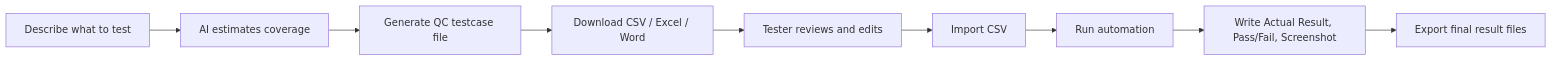
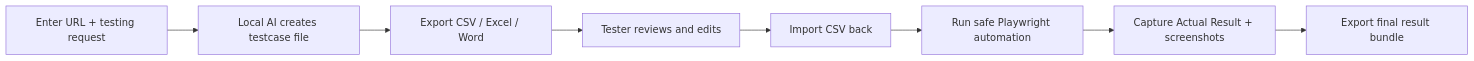
Before and after one commit to Mavis-TETRA/passmark-testops: the first of 2 diagrams in README.en.md, drawn with Mermaid. The commit also changed other lines of this file and 4 other files, not shown here.

````diff
--- a/README.en.md
+++ b/README.en.md
@@ -31,11 +81,10 @@
 ```mermaid
 flowchart LR
-  A["Describe what to test"] --> B["AI estimates coverage"]
-  B --> C["Generate QC testcase file"]
-  C --> D["Download CSV / Excel / Word"]
-  D --> E["Tester reviews and edits"]
-  E --> F["Import CSV"]
-  F --> G["Run automation"]
-  G --> H["Write Actual Result, Pass/Fail, Screenshot"]
-  H --> I["Export final result files"]
+  A["Enter URL + testing request"] --> B["Local AI creates testcase file"]
+  B --> C["Export CSV / Excel / Word"]
+  C --> D["Tester reviews and edits"]
+  D --> E["Import CSV back"]
+  E --> F["Run safe Playwright automation"]
+  F --> G["Capture Actual Result + screenshots"]
+  G --> H["Export final result bundle"]
 ```
````
